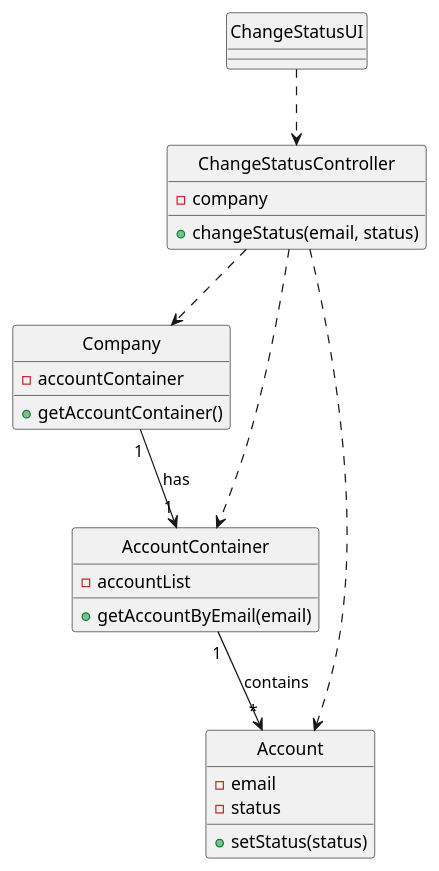
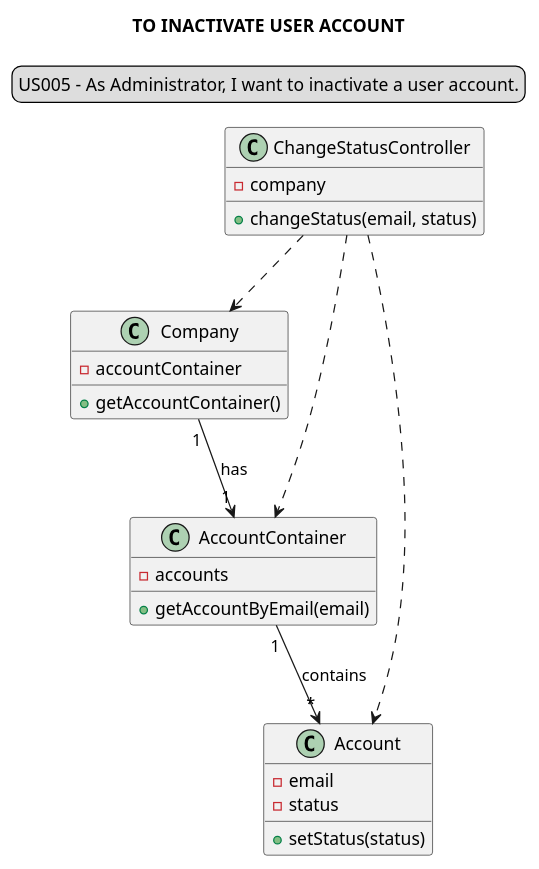
One commit to Loracline/project_switch_22-23 changed the diagram in docs/modelling_design/user_stories/us005/US005_classDiagram.puml. Above: the diagram before and after it, drawn with PlantUML. The commit also changed 40 other files, not shown here.

Commit message:
Class Diagram | Final update before Sprint Review #1

```diff
--- a/docs/modelling_design/user_stories/us005/US005_classDiagram.puml
+++ b/docs/modelling_design/user_stories/us005/US005_classDiagram.puml
@@ -1,43 +1,36 @@
 @startuml
 
-class "ChangeStatusUI" as CSUI
-class "ChangeStatusController" as CSC
-class "Company" as company
-class "AccountContainer" as container
-class "Account" as account
+legend top
+US005 - As Administrator, I want to inactivate a user account.
+end legend
+skinparam sequenceMessageAlign center
+title TO INACTIVATE USER ACCOUNT
 
-"CSUI" ..> "CSC"
-"CSC"  ..> "company"
-"CSC" ..> "container"
-"CSC" ..> "account"
-"company" "1"-->"1" "container": has
-"container" "1"-->"*" "account": contains
+"ChangeStatusController"  ..> "Company"
+"ChangeStatusController" ..> "AccountContainer"
+"ChangeStatusController" ..> "Account"
+"Company" "1"-->"1" "AccountContainer": has
+"AccountContainer" "1"-->"*" "Account": contains
 
-hide "CSUI" circle
-hide "CSC" circle
-hide "company" circle
-hide "container" circle
-hide "account" circle
-
-class "CSC" {
+class "ChangeStatusController" {
 -company
 +changeStatus(email, status)
 }
 
-class "company" {
+class "Company" {
 -accountContainer
 +getAccountContainer()
 }
 
-class "container" {
--accountList
+class "AccountContainer" {
+-accounts
 +getAccountByEmail(email)
 }
 
-class "account" {
+class "Account" {
 -email
 -status
 +setStatus(status)
 }
 
 @enduml
```
